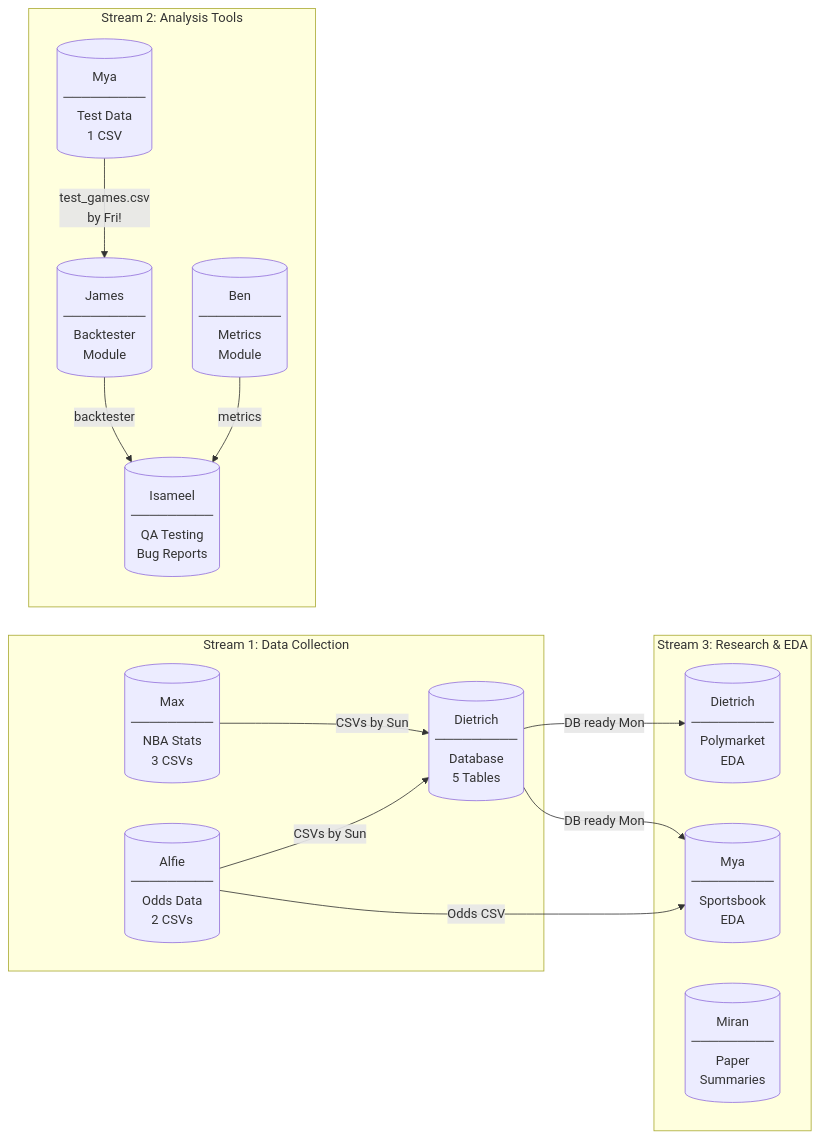
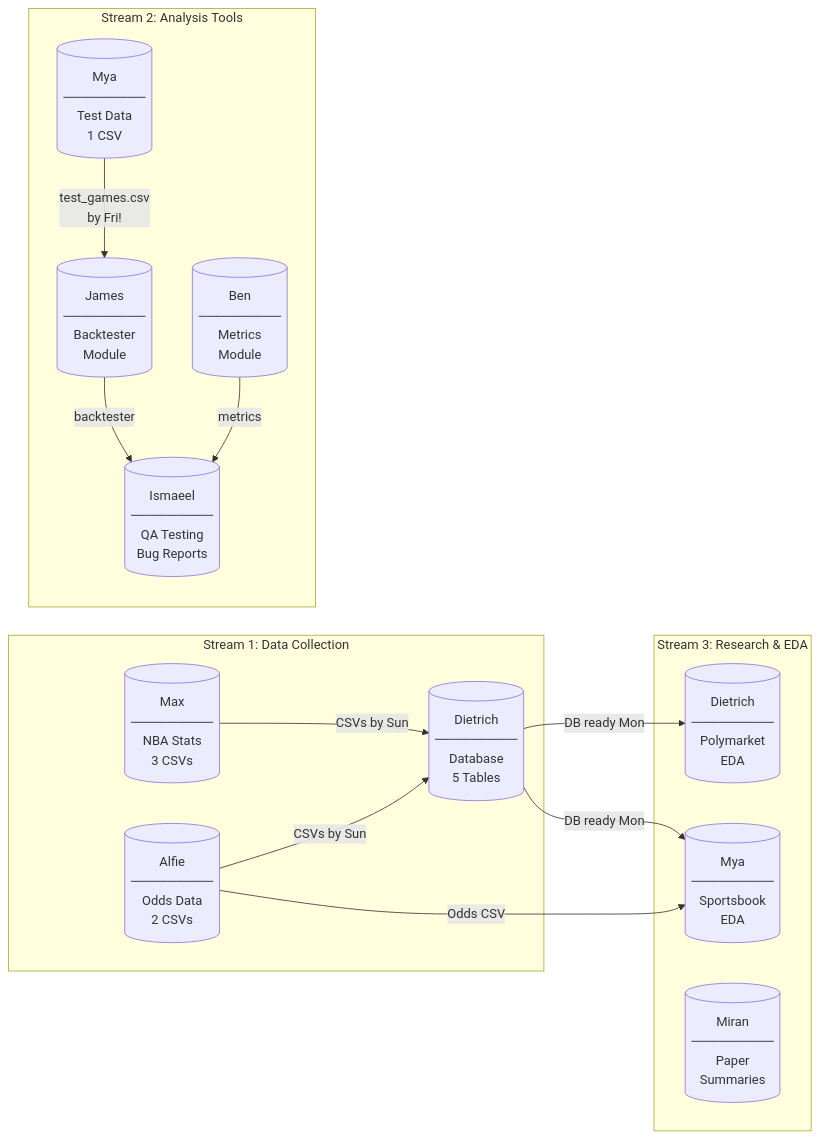
Before and after one commit to TanishqK27/CUIC_Sem2_Project: the first of 5 diagrams in team/CURRENT_WEEK.md, drawn with Mermaid. The commit also changed other lines of this file and 20 other files, not shown here.

First line of the commit message:
fix: correct spelling Isameel → Ismaeel

````diff
--- a/team/CURRENT_WEEK.md
+++ b/team/CURRENT_WEEK.md
@@ -12,30 +12,30 @@
 ```mermaid
 flowchart LR
     subgraph Stream1["Stream 1: Data Collection"]
         MAX[("Max\n─────────\nNBA Stats\n3 CSVs")]
         ALFIE[("Alfie\n─────────\nOdds Data\n2 CSVs")]
         DIETRICH_DB[("Dietrich\n─────────\nDatabase\n5 Tables")]
     end
 
     subgraph Stream2["Stream 2: Analysis Tools"]
         MYA_TEST[("Mya\n─────────\nTest Data\n1 CSV")]
         JAMES[("James\n─────────\nBacktester\nModule")]
         BEN[("Ben\n─────────\nMetrics\nModule")]
-        ISAMEEL[("Isameel\n─────────\nQA Testing\nBug Reports")]
+        ISAMEEL[("Ismaeel\n─────────\nQA Testing\nBug Reports")]
     end
 
     subgraph Stream3["Stream 3: Research & EDA"]
         DIETRICH_EDA[("Dietrich\n─────────\nPolymarket\nEDA")]
         MYA_EDA[("Mya\n─────────\nSportsbook\nEDA")]
         MIRAN[("Miran\n─────────\nPaper\nSummaries")]
     end
 
     MAX -->|"CSVs by Sun"| DIETRICH_DB
     ALFIE -->|"CSVs by Sun"| DIETRICH_DB
     ALFIE -->|"Odds CSV"| MYA_EDA
     MYA_TEST -->|"test_games.csv\nby Fri!"| JAMES
     JAMES -->|"backtester"| ISAMEEL
     BEN -->|"metrics"| ISAMEEL
     DIETRICH_DB -->|"DB ready Mon"| DIETRICH_EDA
     DIETRICH_DB -->|"DB ready Mon"| MYA_EDA
 ```
````
